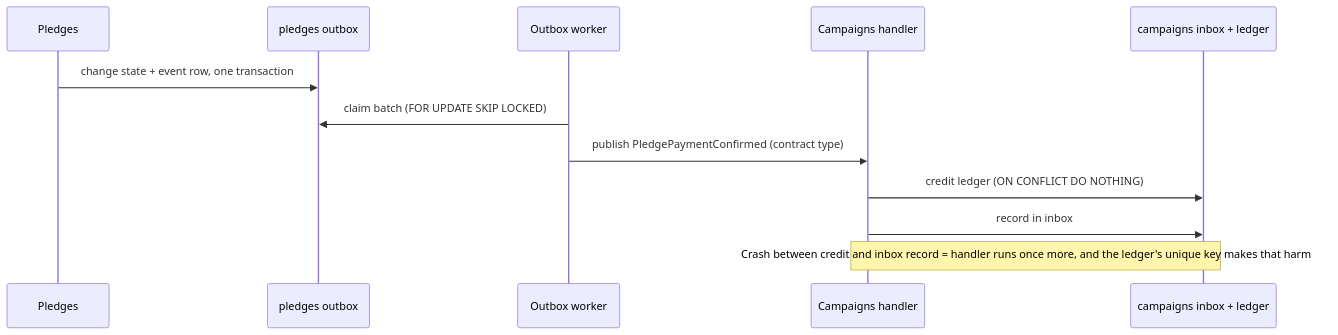
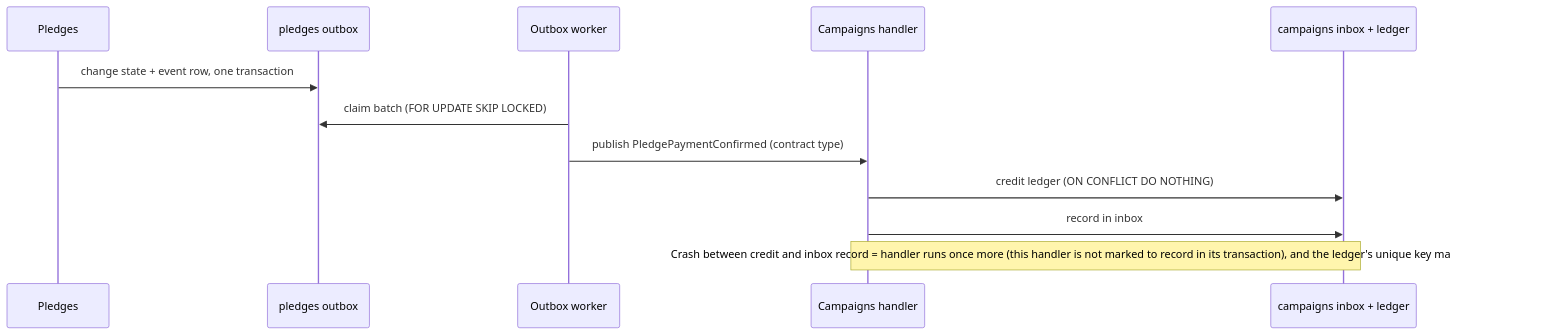
One commit to maysamgamini/crowdfundinghub changed the second of 6 diagrams in README.md. Above: the diagram before and after it, drawn with Mermaid. The commit also changed 25 other files, not shown here.

First line of the commit message:
feat(inbox): record the handler's inbox row in its own transaction, and prune applied payment webhook records

````diff
--- a/README.md
+++ b/README.md
@@ -67,14 +67,14 @@
 ```mermaid
 sequenceDiagram
     participant Co as Pledges
     participant CoDb as pledges outbox
     participant W as Outbox worker
     participant Ca as Campaigns handler
     participant CaDb as campaigns inbox + ledger
     Co->>CoDb: change state + event row, one transaction
     W->>CoDb: claim batch (FOR UPDATE SKIP LOCKED)
     W->>Ca: publish PledgePaymentConfirmed (contract type)
     Ca->>CaDb: credit ledger (ON CONFLICT DO NOTHING)
     Ca->>CaDb: record in inbox
-    Note over Ca,CaDb: Crash between credit and inbox record = handler runs once more, and the ledger's unique key makes that harmless
+    Note over Ca,CaDb: Crash between credit and inbox record = handler runs once more (this handler is not marked to record in its transaction), and the ledger's unique key makes that harmless
 ```
````
